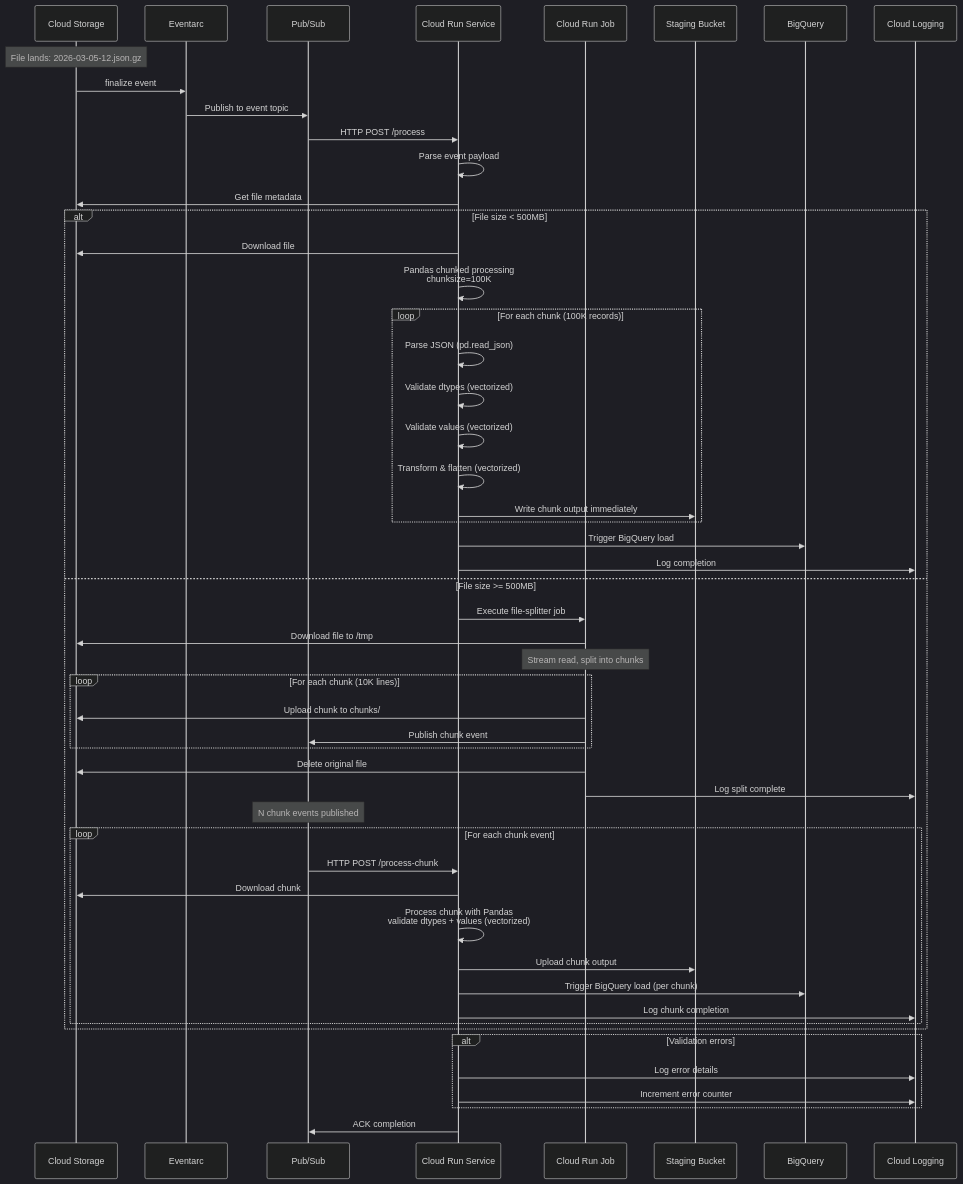
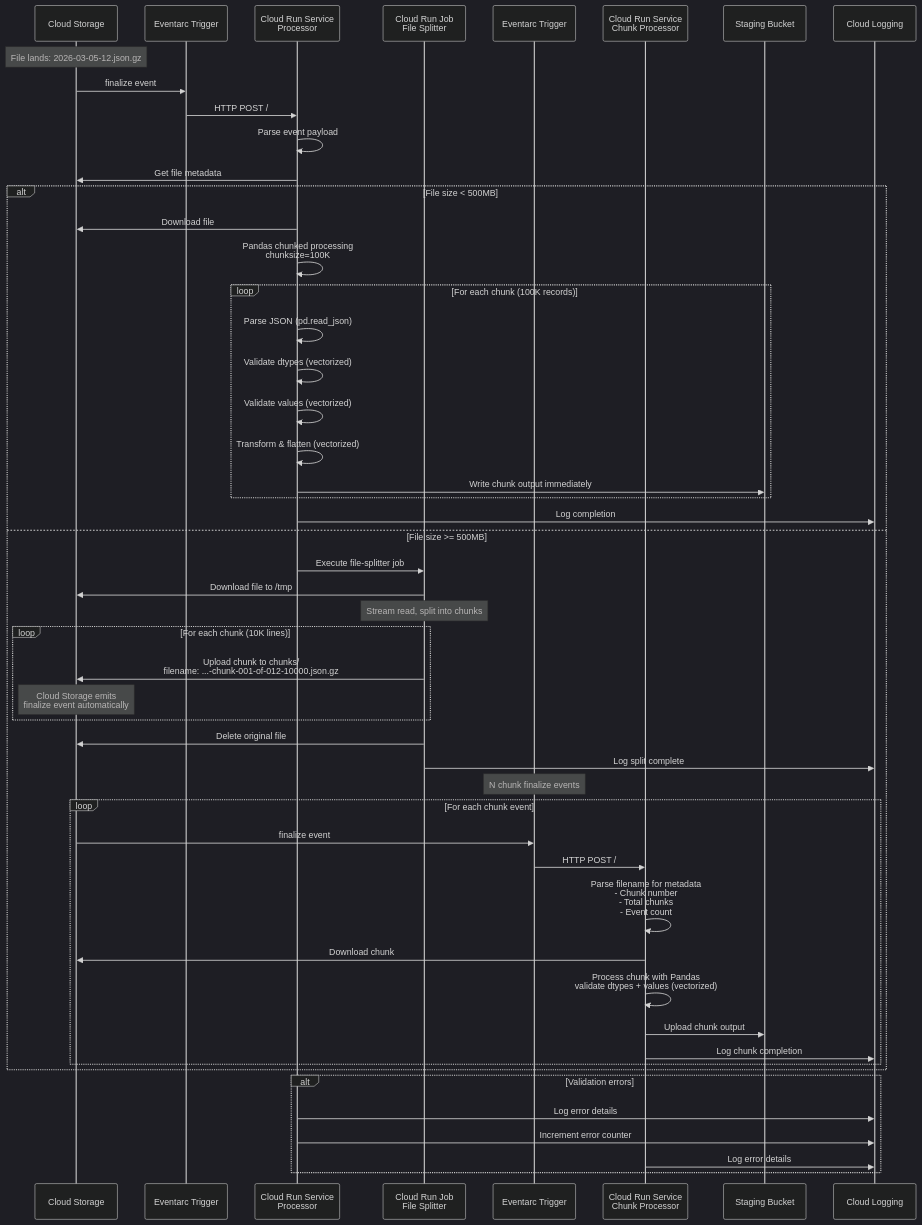
One commit to prateekpanjla-outlook/gcp_data_proc changed the diagram in design/github_archive/phase2_process_files/diagrams/07_sequence_diagram.md. Above: the diagram before and after it, drawn with Mermaid (dark theme). The commit also changed other lines of this file and 56 other files, not shown here.

````diff
--- a/design/github_archive/phase2_process_files/diagrams/07_sequence_diagram.md
+++ b/design/github_archive/phase2_process_files/diagrams/07_sequence_diagram.md
@@ -3,68 +3,67 @@
 ```mermaid
 sequenceDiagram
     participant S as Cloud Storage
-    participant E as Eventarc
-    participant P as Pub/Sub
-    participant CRS as Cloud Run Service
-    participant CRJ as Cloud Run Job
+    participant E1 as Eventarc Trigger #1
+    participant CRS as Cloud Run Service<br>Processor
+    participant CRJ as Cloud Run Job<br>File Splitter
+    participant E2 as Eventarc Trigger #2
+    participant CRC as Cloud Run Service<br>Chunk Processor
     participant STG as Staging Bucket
-    participant BQ as BigQuery
     participant LOG as Cloud Logging
 
     Note over S: File lands: 2026-03-05-12.json.gz
-    S->>E: finalize event
+    S->>E1: finalize event
 
-    E->>P: Publish to event topic
-    P->>CRS: HTTP POST /process
+    E1->>CRS: HTTP POST /
 
     CRS->>CRS: Parse event payload
     CRS->>S: Get file metadata
 
     alt File size < 500MB
         CRS->>S: Download file
-        CRS->>CRS: Pandas chunked processing<br/>chunksize=100K
+        CRS->>CRS: Pandas chunked processing<br>chunksize=100K
 
         loop For each chunk (100K records)
             CRS->>CRS: Parse JSON (pd.read_json)
             CRS->>CRS: Validate dtypes (vectorized)
             CRS->>CRS: Validate values (vectorized)
             CRS->>CRS: Transform & flatten (vectorized)
             CRS->>STG: Write chunk output immediately
         end
 
-        CRS->>BQ: Trigger BigQuery load
         CRS->>LOG: Log completion
 
     else File size >= 500MB
         CRS->>CRJ: Execute file-splitter job
 
         CRJ->>S: Download file to /tmp
         Note over CRJ: Stream read, split into chunks
 
         loop For each chunk (10K lines)
-            CRJ->>S: Upload chunk to chunks/
-            CRJ->>P: Publish chunk event
+            CRJ->>S: Upload chunk to chunks/<br>filename: ...-chunk-001-of-012-10000.json.gz
+            Note over S: Cloud Storage emits<br>finalize event automatically
         end
 
         CRJ->>S: Delete original file
         CRJ->>LOG: Log split complete
 
-        Note over P: N chunk events published
+        Note over E2: N chunk finalize events
 
         loop For each chunk event
-            P->>CRS: HTTP POST /process-chunk
-            CRS->>S: Download chunk
-            CRS->>CRS: Process chunk with Pandas<br/>validate dtypes + values (vectorized)
-            CRS->>STG: Upload chunk output
-            CRS->>BQ: Trigger BigQuery load (per chunk)
-            CRS->>LOG: Log chunk completion
+            S->>E2: finalize event
+            E2->>CRC: HTTP POST /
+
+            CRC->>CRC: Parse filename for metadata<br>- Chunk number<br>- Total chunks<br>- Event count
+            CRC->>S: Download chunk
+            CRC->>CRC: Process chunk with Pandas<br>validate dtypes + values (vectorized)
+            CRC->>STG: Upload chunk output
+            CRC->>LOG: Log chunk completion
         end
     end
 
     alt Validation errors
         CRS->>LOG: Log error details
         CRS->>LOG: Increment error counter
+        CRC->>LOG: Log error details
     end
-
-    CRS->>P: ACK completion
 ```
````
